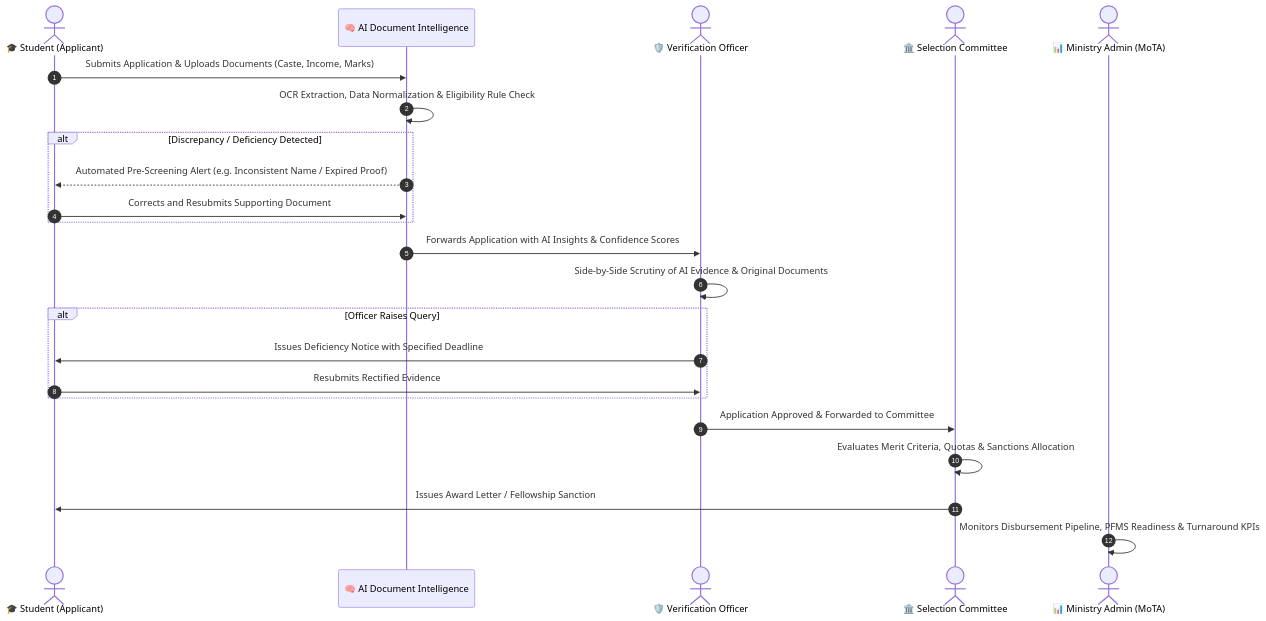
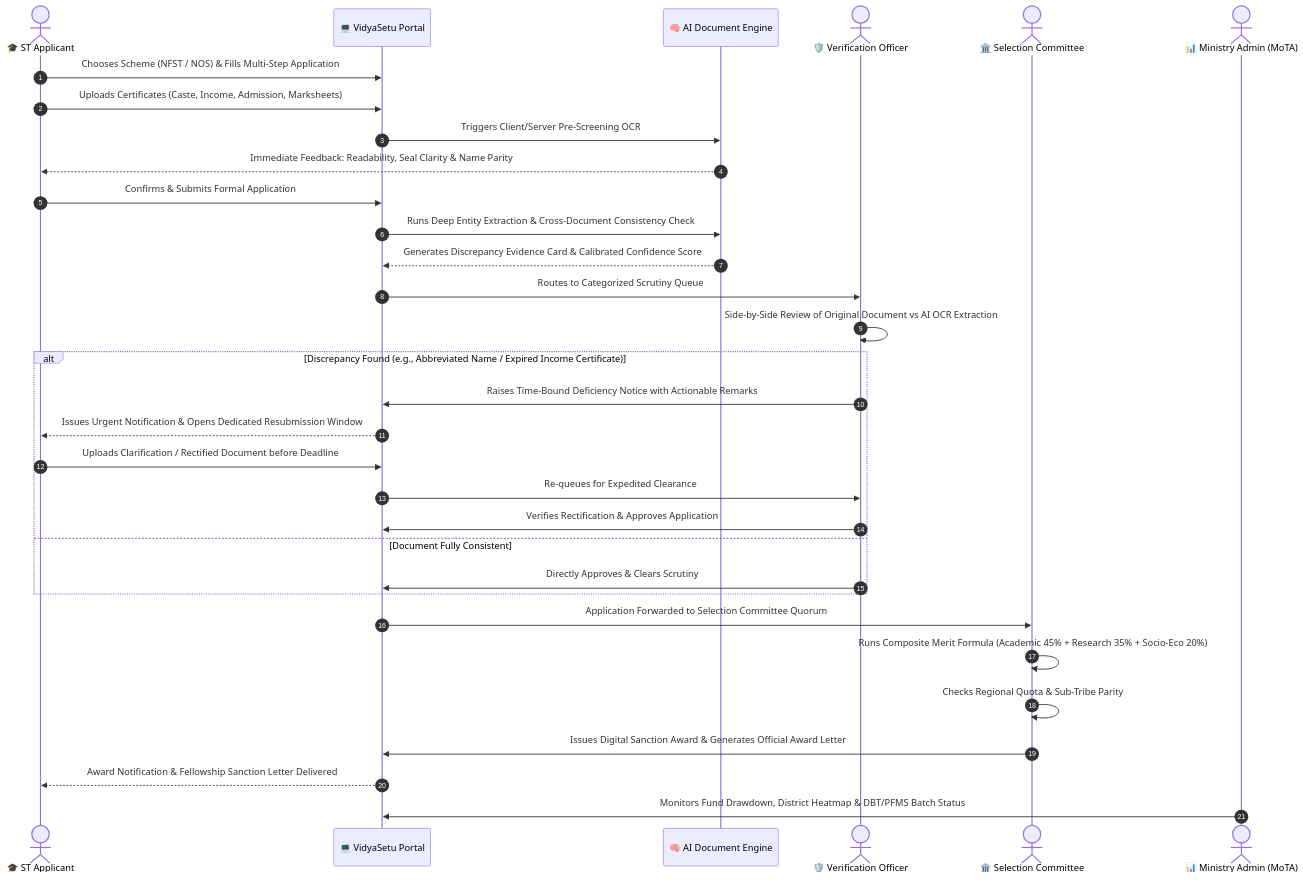
Before and after one commit to AdityaGade28/VidyaSetu: the second of 2 diagrams in README.md, drawn with Mermaid. The commit also changed other lines of this file, not shown here.

Commit message:
docs: overhaul README with comprehensive architecture and remove comparison table

````diff
--- a/README.md
+++ b/README.md
@@ -127,26 +162,40 @@
 ```mermaid
 sequenceDiagram
     autonumber
-    actor Student as 🎓 Student (Applicant)
-    participant AI as 🧠 AI Document Intelligence
+    actor Scholar as 🎓 ST Applicant
+    participant Portal as 💻 VidyaSetu Portal
+    participant AI as 🧠 AI Document Engine
     actor Officer as 🛡️ Verification Officer
     actor Committee as 🏛️ Selection Committee
-    actor Admin as 📊 Ministry Admin (MoTA)
+    actor Ministry as 📊 Ministry Admin (MoTA)
 
-    Student->>AI: Submits Application & Uploads Documents (Caste, Income, Marks)
-    AI->>AI: OCR Extraction, Data Normalization & Eligibility Rule Check
-    alt Discrepancy / Deficiency Detected
-        AI-->>Student: Automated Pre-Screening Alert (e.g. Inconsistent Name / Expired Proof)
-        Student->>AI: Corrects and Resubmits Supporting Document
+    Scholar->>Portal: Chooses Scheme (NFST / NOS) & Fills Multi-Step Application
+    Scholar->>Portal: Uploads Certificates (Caste, Income, Admission, Marksheets)
+    Portal->>AI: Triggers Client/Server Pre-Screening OCR
+    AI-->>Scholar: Immediate Feedback: Readability, Seal Clarity & Name Parity
+    Scholar->>Portal: Confirms & Submits Formal Application
+
+    Portal->>AI: Runs Deep Entity Extraction & Cross-Document Consistency Check
+    AI-->>Portal: Generates Discrepancy Evidence Card & Calibrated Confidence Score
+
+    Portal->>Officer: Routes to Categorized Scrutiny Queue
+    Officer->>Officer: Side-by-Side Review of Original Document vs AI OCR Extraction
+    
+    alt Discrepancy Found (e.g., Abbreviated Name / Expired Income Certificate)
+        Officer->>Portal: Raises Time-Bound Deficiency Notice with Actionable Remarks
+        Portal-->>Scholar: Issues Urgent Notification & Opens Dedicated Resubmission Window
+        Scholar->>Portal: Uploads Clarification / Rectified Document before Deadline
+        Portal->>Officer: Re-queues for Expedited Clearance
+        Officer->>Portal: Verifies Rectification & Approves Application
+    else Document Fully Consistent
+        Officer->>Portal: Directly Approves & Clears Scrutiny
     end
-    AI->>Officer: Forwards Application with AI Insights & Confidence Scores
-    Officer->>Officer: Side-by-Side Scrutiny of AI Evidence & Original Documents
-    alt Officer Raises Query
-        Officer->>Student: Issues Deficiency Notice with Specified Deadline
-        Student->>Officer: Resubmits Rectified Evidence
-    end
-    Officer->>Committee: Application Approved & Forwarded to Committee
-    Committee->>Committee: Evaluates Merit Criteria, Quotas & Sanctions Allocation
-    Committee->>Student: Issues Award Letter / Fellowship Sanction
-    Admin->>Admin: Monitors Disbursement Pipeline, PFMS Readiness & Turnaround KPIs
+
+    Portal->>Committee: Application Forwarded to Selection Committee Quorum
+    Committee->>Committee: Runs Composite Merit Formula (Academic 45% + Research 35% + Socio-Eco 20%)
+    Committee->>Committee: Checks Regional Quota & Sub-Tribe Parity
+    Committee->>Portal: Issues Digital Sanction Award & Generates Official Award Letter
+    
+    Portal-->>Scholar: Award Notification & Fellowship Sanction Letter Delivered
+    Ministry->>Portal: Monitors Fund Drawdown, District Heatmap & DBT/PFMS Batch Status
 ```
````
